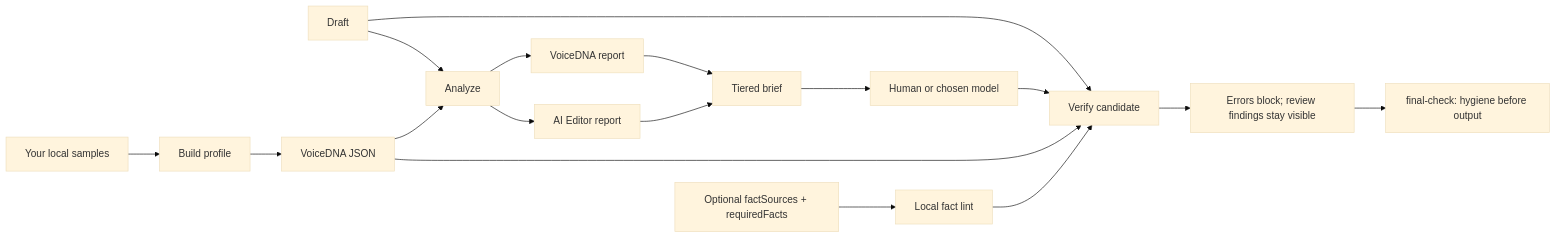
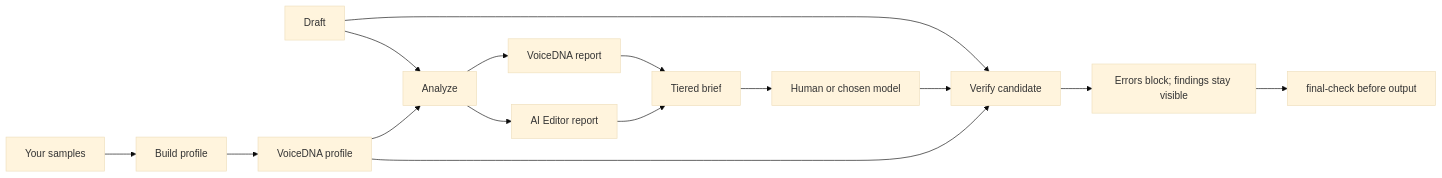
Before and after one commit to shashank-sn/holdyourvoice: the diagram in Readme.md, drawn with Mermaid (base theme). The commit also changed other lines of this file and 26 other files, not shown here.

````diff
--- a/Readme.md
+++ b/Readme.md
@@ -253,19 +83,17 @@
 ```mermaid
 flowchart LR
-  S[Your local samples] --> P[Build profile]
-  P --> D[VoiceDNA JSON]
+  S[Your samples] --> P[Build profile]
+  P --> D[VoiceDNA profile]
   T[Draft] --> A[Analyze]
   D --> A
   A --> V[VoiceDNA report]
   A --> E[AI Editor report]
   V --> B[Tiered brief]
   E --> B
   B --> C[Human or chosen model]
   T --> G[Verify candidate]
   C --> G
   D --> G
-  F[Optional factSources + requiredFacts] --> L[Local fact lint]
-  L --> G
-  G --> R[Errors block; review findings stay visible]
-  R --> H[final-check: hygiene before output]
+  G --> R[Errors block; findings stay visible]
+  R --> H[final-check before output]
 ```
````
